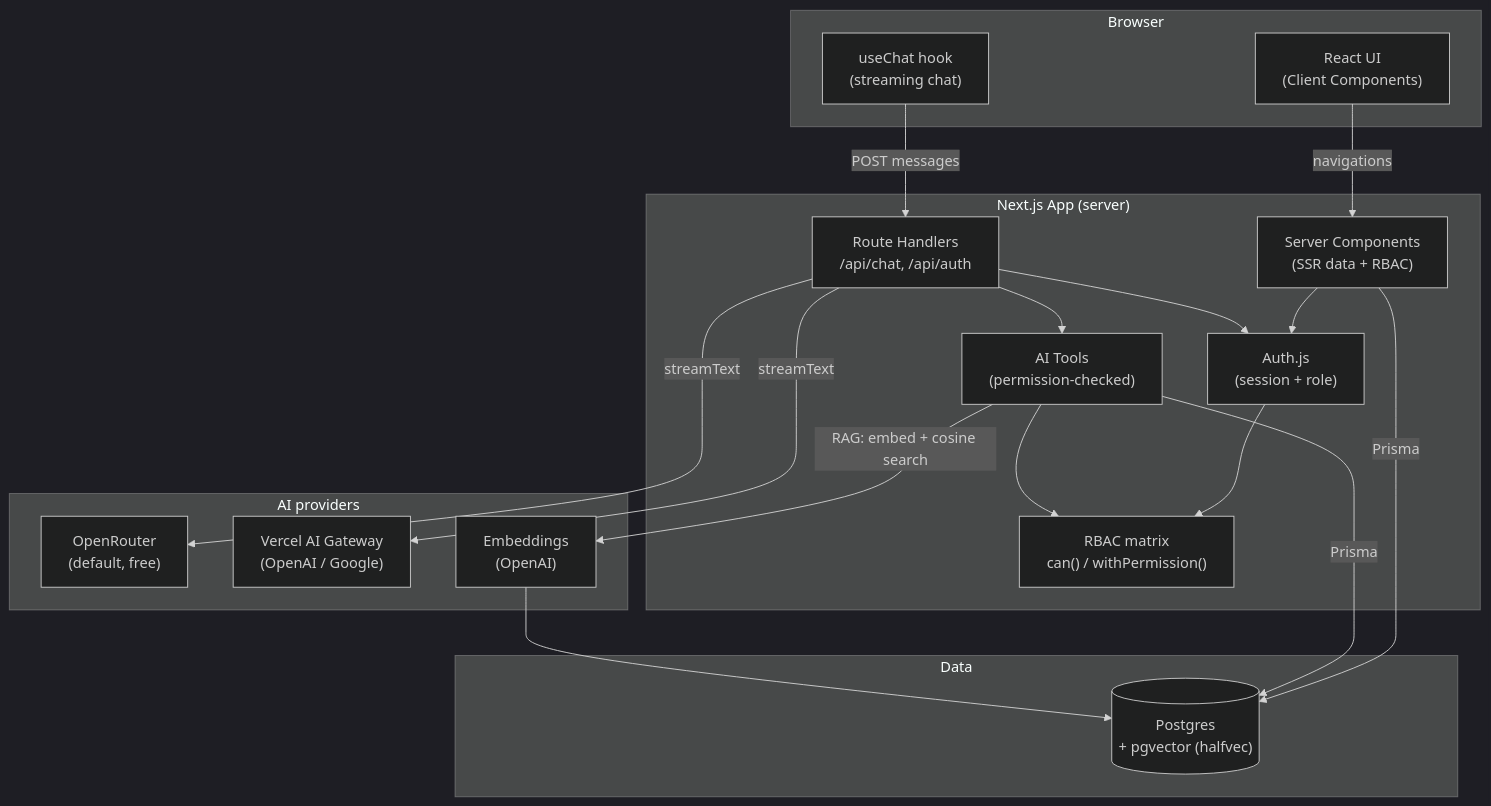
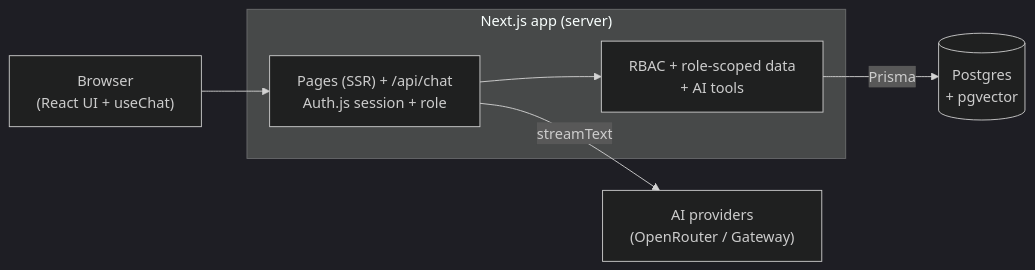
One commit to yel-hadd/ai-hr-platform-starter changed the first of 5 diagrams in README.md. Above: the diagram before and after it, drawn with Mermaid (dark theme). The commit also changed other lines of this file and 2 other files, not shown here.

Commit message:
Refine docs and naming
- Rename tool RBAC wrapper gated() -> withPermission() (matches README, clearer)
- Remove unused PermissionError export
- README: remove emojis, simplify the big-picture architecture diagram

````diff
--- a/README.md
+++ b/README.md
@@ -92,37 +92,16 @@
 ```mermaid
-flowchart TB
-    subgraph Browser
-        UI["React UI<br/>(Client Components)"]
-        Chat["useChat hook<br/>(streaming chat)"]
+flowchart LR
+    B["Browser<br/>(React UI + useChat)"]
+
+    subgraph Next["Next.js app (server)"]
+        S["Pages (SSR) + /api/chat<br/>Auth.js session + role"]
+        C["RBAC + role-scoped data<br/>+ AI tools"]
     end
 
-    subgraph Next["Next.js App (server)"]
-        RSC["Server Components<br/>(SSR data + RBAC)"]
-        RH["Route Handlers<br/>/api/chat, /api/auth"]
-        AUTH["Auth.js<br/>(session + role)"]
-        RBAC["RBAC matrix<br/>can() / withPermission()"]
-        TOOLS["AI Tools<br/>(permission-checked)"]
-    end
+    DB[("Postgres<br/>+ pgvector")]
+    AI["AI providers<br/>(OpenRouter / Gateway)"]
 
-    subgraph Data
-        PG[("Postgres<br/>+ pgvector (halfvec)")]
-    end
-
-    subgraph AI["AI providers"]
-        OR["OpenRouter<br/>(default, free)"]
-        GW["Vercel AI Gateway<br/>(OpenAI / Google)"]
-        EMB["Embeddings<br/>(OpenAI)"]
-    end
-
-    UI -->|navigations| RSC
-    Chat -->|POST messages| RH
-    RSC --> AUTH --> RBAC
-    RSC -->|Prisma| PG
-    RH --> AUTH
-    RH --> TOOLS --> RBAC
-    TOOLS -->|Prisma| PG
-    RH -->|streamText| OR
-    RH -->|streamText| GW
-    TOOLS -->|RAG: embed + cosine search| EMB
-    EMB --> PG
+    B --> S --> C
+    C -->|Prisma| DB
+    S -->|streamText| AI
 ```
````
